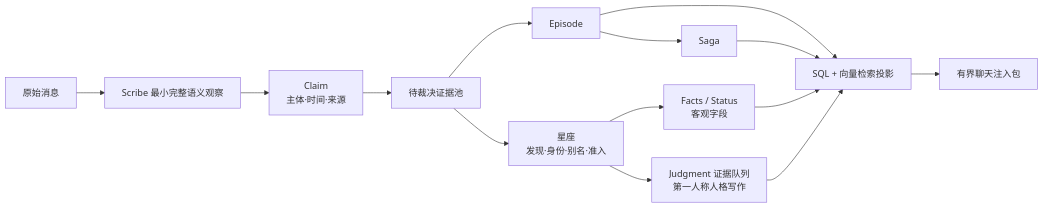
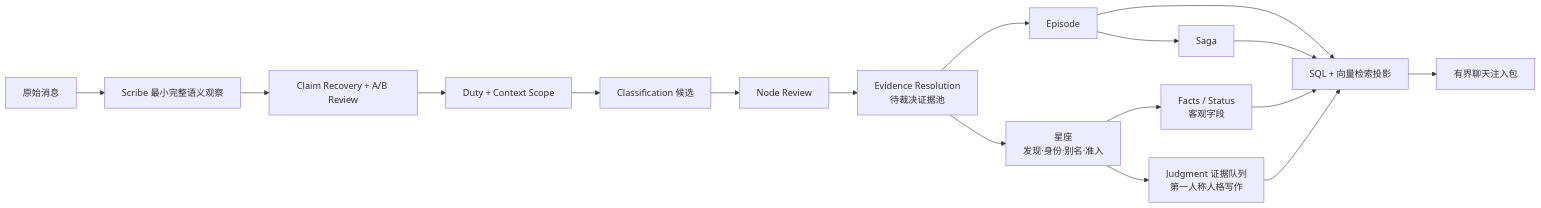
One commit to ClaraShafiq/MemoryConstellations changed the diagram in README.md. Above: the diagram before and after it, drawn with Mermaid. The commit also changed other lines of this file and 47 other files, not shown here.

````diff
--- a/README.md
+++ b/README.md
@@ -9,16 +9,19 @@
 ```mermaid
 flowchart LR
   M[原始消息] --> S[Scribe 最小完整语义观察]
-  S --> C[Claim<br/>主体·时间·来源]
-  C --> E[待裁决证据池]
+  S --> C[Claim Recovery + A/B Review]
+  C --> D[Duty + Context Scope]
+  D --> L[Classification 候选]
+  L --> N[Node Review]
+  N --> E[Evidence Resolution<br/>待裁决证据池]
   E --> K[星座<br/>发现·身份·别名·准入]
   E --> P[Episode]
   P --> G[Saga]
   K --> F[Facts / Status<br/>客观字段]
   K --> J[Judgment 证据队列<br/>第一人称人格写作]
   P --> R[SQL + 向量检索投影]
   G --> R
   F --> R
   J --> R
   R --> Q[有界聊天注入包]
 ```
````
